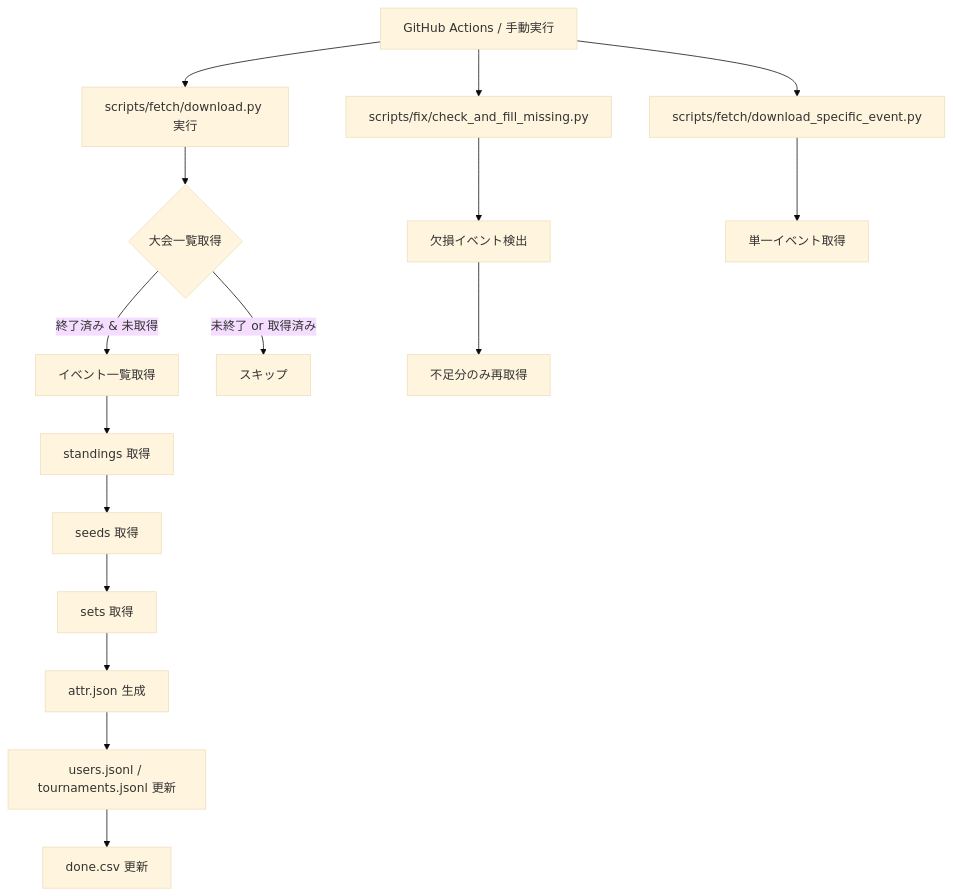
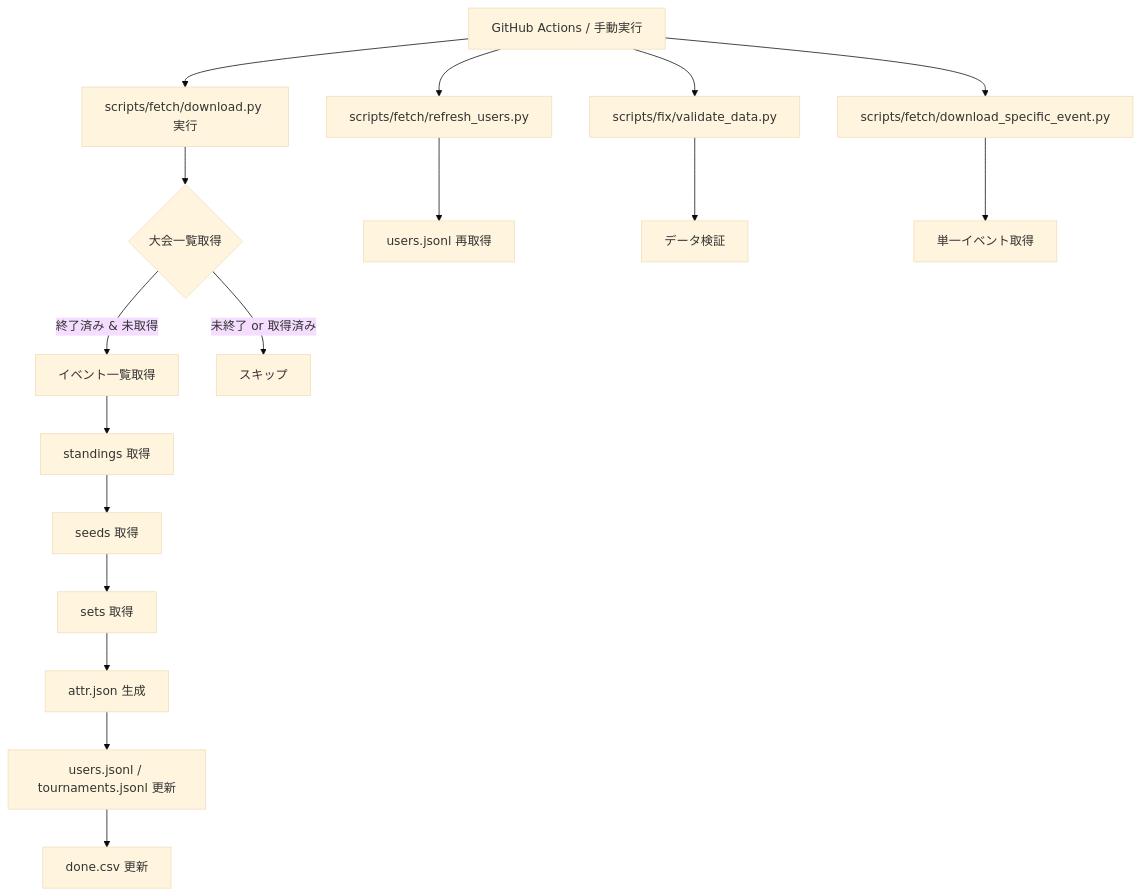
One commit to tosakazu/smash_database changed the diagram in Document/flow.md. Above: the diagram before and after it, drawn with Mermaid (base theme). The commit also changed 7 other files, not shown here.

````diff
--- a/Document/flow.md
+++ b/Document/flow.md
@@ -4,21 +4,23 @@
 ```mermaid
 flowchart TD
     A[GitHub Actions / 手動実行] --> B[scripts/fetch/download.py 実行]
     B --> C{大会一覧取得}
     C -->|終了済み & 未取得| D[イベント一覧取得]
     D --> E[standings 取得]
     E --> F[seeds 取得]
     F --> G[sets 取得]
     G --> H[attr.json 生成]
     H --> I[users.jsonl / tournaments.jsonl 更新]
     I --> J[done.csv 更新]
 
     C -->|未終了 or 取得済み| K[スキップ]
 
-    A --> L[scripts/fix/check_and_fill_missing.py]
-    L --> M[欠損イベント検出]
-    M --> N[不足分のみ再取得]
+    A --> L[scripts/fetch/refresh_users.py]
+    L --> M[users.jsonl 再取得]
 
-    A --> O[scripts/fetch/download_specific_event.py]
-    O --> P[単一イベント取得]
+    A --> N[scripts/fix/validate_data.py]
+    N --> O[データ検証]
+
+    A --> P[scripts/fetch/download_specific_event.py]
+    P --> Q[単一イベント取得]
 ```
````
